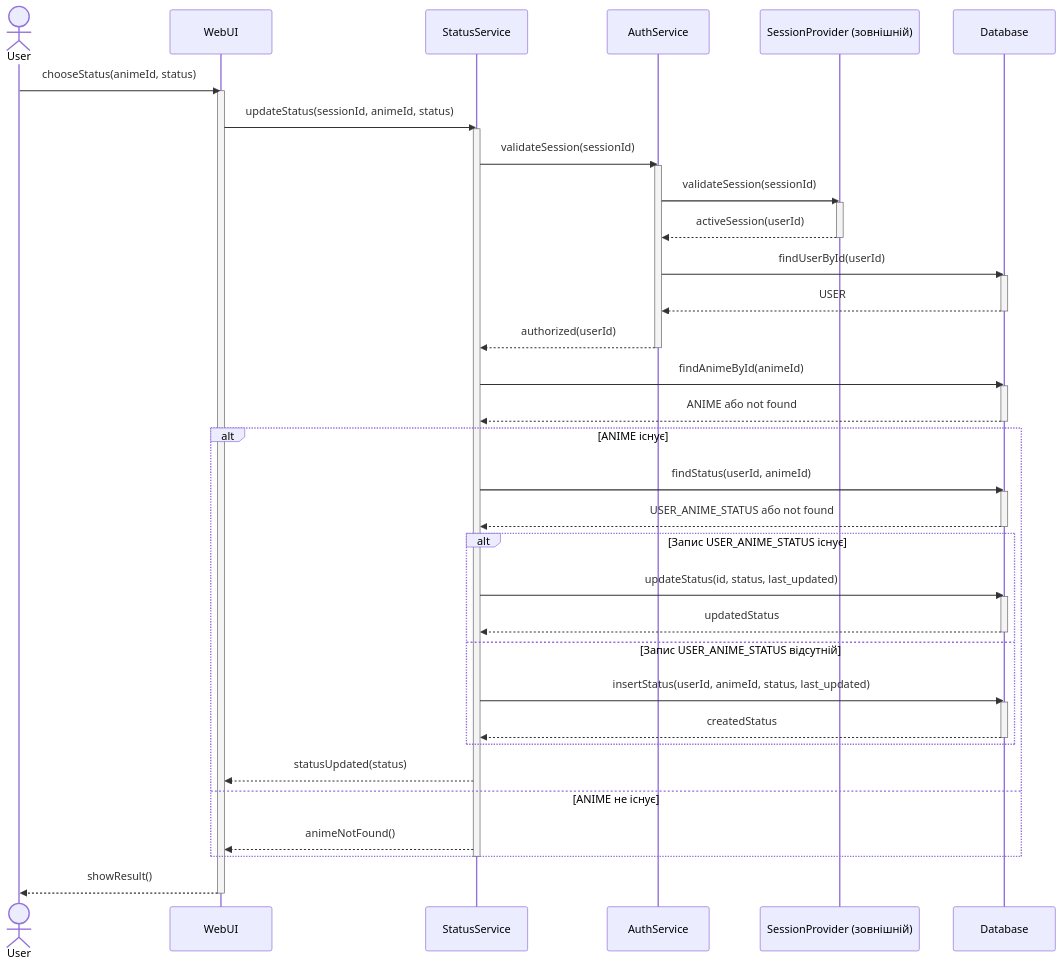
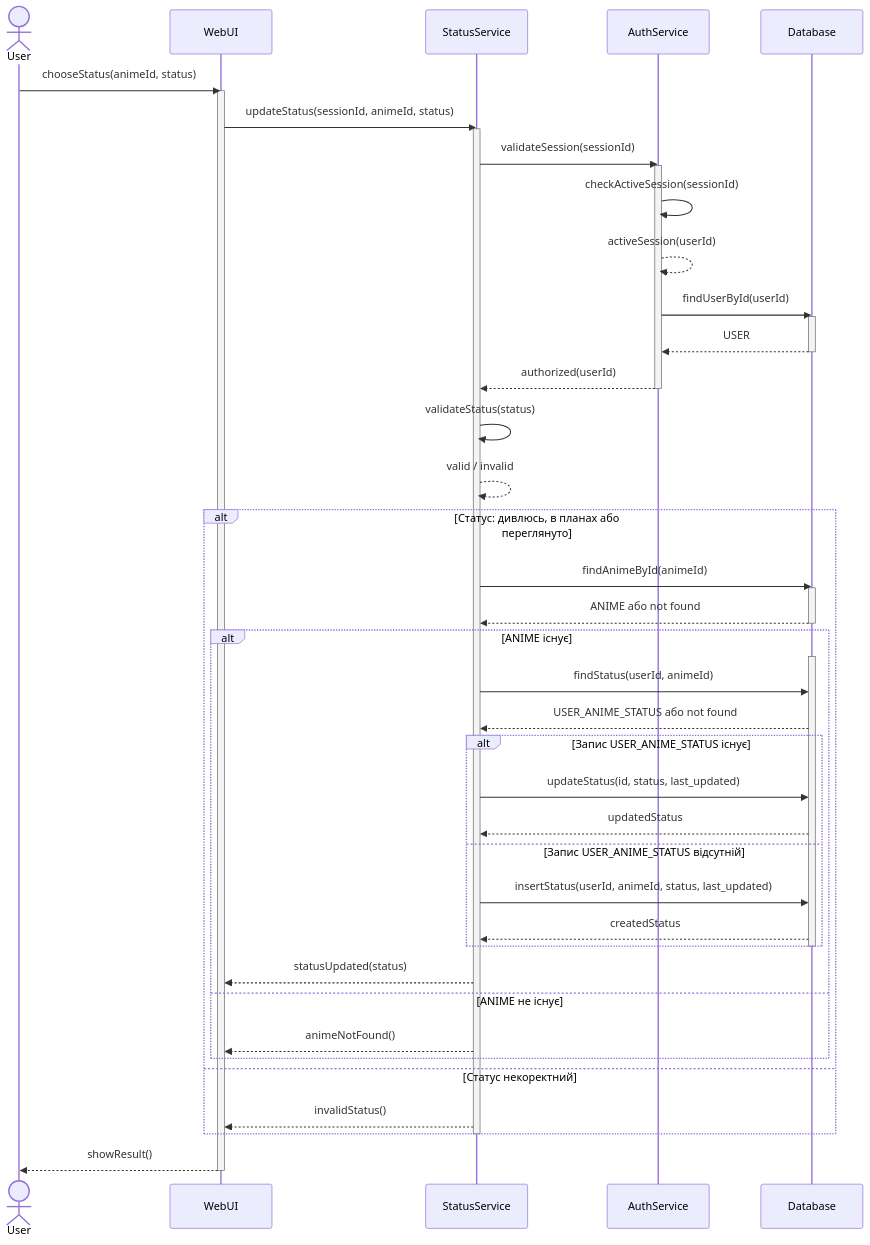
The first of 2 diagrams in lab3/diagrams.md (SpikyCactus7/anime-tracking-system), drawn with Mermaid before and after one commit. The commit also changed other lines of this file and 1 other file, not shown here.

Commit message:
generated updated diagram

````diff
--- a/lab3/diagrams.md
+++ b/lab3/diagrams.md
@@ -9,54 +5,53 @@
 ```mermaid
 sequenceDiagram
     actor User
     participant WebUI
     participant StatusService
     participant AuthService
-    participant SessionProvider as SessionProvider (зовнішній)
     participant Database
 
     User->>WebUI: chooseStatus(animeId, status)
     activate WebUI
     WebUI->>StatusService: updateStatus(sessionId, animeId, status)
     activate StatusService
     StatusService->>AuthService: validateSession(sessionId)
     activate AuthService
-    AuthService->>SessionProvider: validateSession(sessionId)
-    activate SessionProvider
-    SessionProvider-->>AuthService: activeSession(userId)
-    deactivate SessionProvider
+    AuthService->>AuthService: checkActiveSession(sessionId)
+    AuthService-->>AuthService: activeSession(userId)
     AuthService->>Database: findUserById(userId)
     activate Database
     Database-->>AuthService: USER
     deactivate Database
     AuthService-->>StatusService: authorized(userId)
     deactivate AuthService
 
-    StatusService->>Database: findAnimeById(animeId)
-    activate Database
-    Database-->>StatusService: ANIME або not found
-    deactivate Database
-    alt ANIME існує
-        StatusService->>Database: findStatus(userId, animeId)
+    StatusService->>StatusService: validateStatus(status)
+    StatusService-->>StatusService: valid / invalid
+    alt Статус: дивлюсь, в планах або переглянуто
+        StatusService->>Database: findAnimeById(animeId)
         activate Database
-        Database-->>StatusService: USER_ANIME_STATUS або not found
+        Database-->>StatusService: ANIME або not found
         deactivate Database
-        alt Запис USER_ANIME_STATUS існує
-            StatusService->>Database: updateStatus(id, status, last_updated)
+        alt ANIME існує
             activate Database
-            Database-->>StatusService: updatedStatus
+            StatusService->>Database: findStatus(userId, animeId)
+            Database-->>StatusService: USER_ANIME_STATUS або not found
+            alt Запис USER_ANIME_STATUS існує
+                StatusService->>Database: updateStatus(id, status, last_updated)
+                Database-->>StatusService: updatedStatus
+            else Запис USER_ANIME_STATUS відсутній
+                StatusService->>Database: insertStatus(userId, animeId, status, last_updated)
+                Database-->>StatusService: createdStatus
+            end
             deactivate Database
-        else Запис USER_ANIME_STATUS відсутній
-            StatusService->>Database: insertStatus(userId, animeId, status, last_updated)
-            activate Database
-            Database-->>StatusService: createdStatus
-            deactivate Database
+            StatusService-->>WebUI: statusUpdated(status)
+        else ANIME не існує
+            StatusService-->>WebUI: animeNotFound()
         end
-        StatusService-->>WebUI: statusUpdated(status)
-    else ANIME не існує
-        StatusService-->>WebUI: animeNotFound()
+    else Статус некоректний
+        StatusService-->>WebUI: invalidStatus()
     end
     deactivate StatusService
     WebUI-->>User: showResult()
     deactivate WebUI
 ```
````
